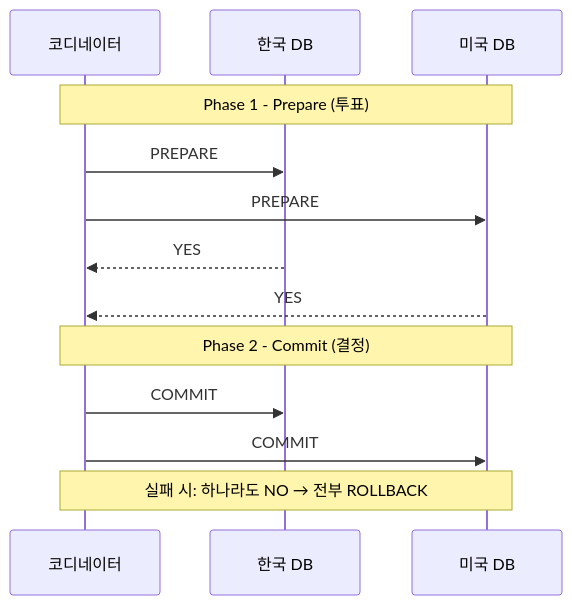
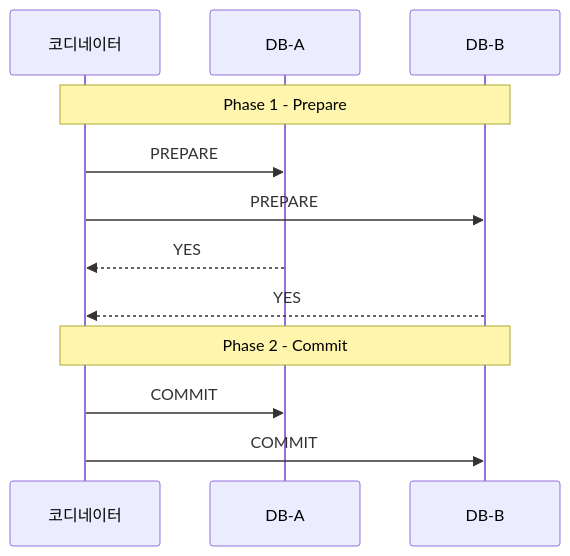
The second of 14 diagrams in _posts/architecture/2026-05-02-distributed-transaction-deep.md (yjkim2015/yjkim2015.github.io), drawn with Mermaid before and after one commit. The commit also changed other lines of this file and 155 other files, not shown here.

First line of the commit message:
Mermaid 전면 수정: subgraph 제거, participant/노드/줄수 축소 (342블록)

````diff
--- a/_posts/architecture/2026-05-02-distributed-transaction-deep.md
+++ b/_posts/architecture/2026-05-02-distributed-transaction-deep.md
@@ -40,15 +40,14 @@
 ```mermaid
 sequenceDiagram
     participant C as 코디네이터
-    participant A as 한국 DB
-    participant B as 미국 DB
-    Note over C,B: Phase 1 - Prepare (투표)
+    participant A as DB-A
+    participant B as DB-B
+    Note over C,B: Phase 1 - Prepare
     C->>A: PREPARE
     C->>B: PREPARE
     A-->>C: YES
     B-->>C: YES
-    Note over C,B: Phase 2 - Commit (결정)
+    Note over C,B: Phase 2 - Commit
     C->>A: COMMIT
     C->>B: COMMIT
-    Note over C,B: 실패 시: 하나라도 NO → 전부 ROLLBACK
 ```
````
